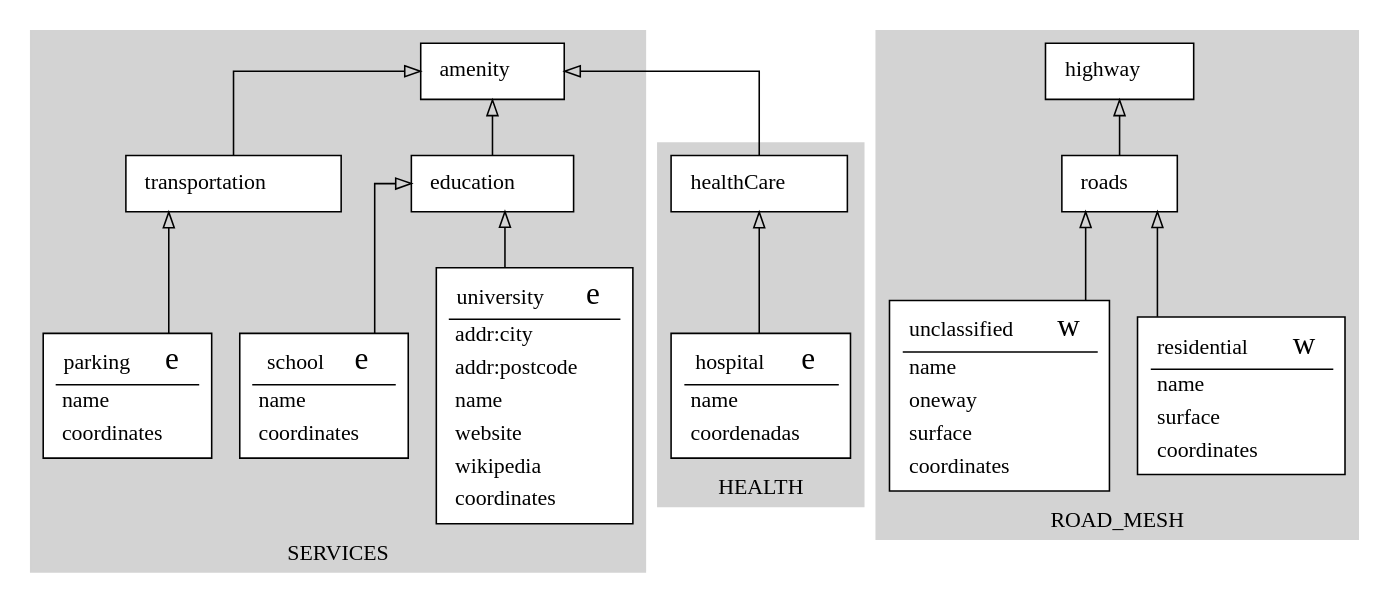
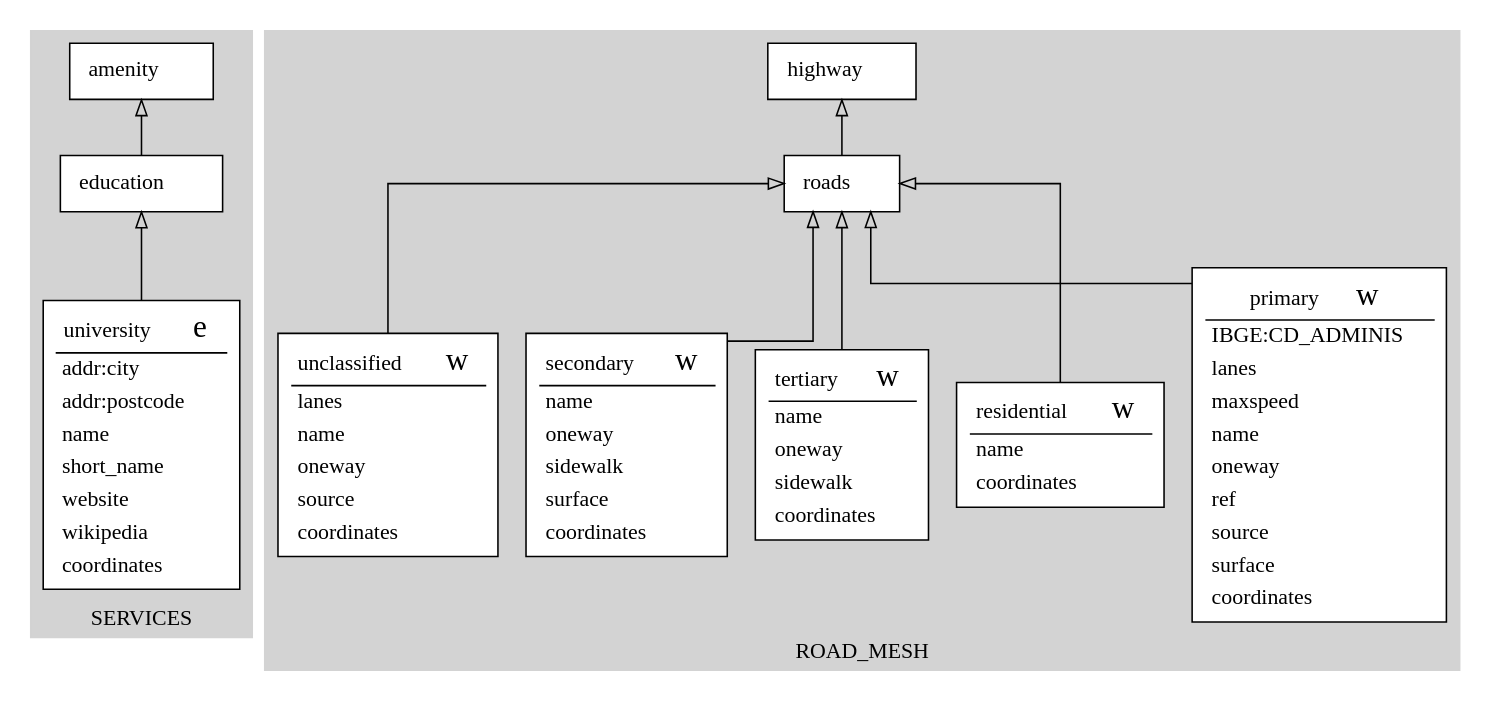
One commit to vinisperandio/OSM2Diagram_optmizated changed the diagram in schema.gv. Above: the diagram before and after it, drawn with Graphviz. The commit also changed 4 other files, not shown here.

```diff
--- a/schema.gv
+++ b/schema.gv
@@ -1,171 +1,196 @@
 digraph structs { 
 	node [shape=box]
 	subgraph cluster_SERVICES {
 		node [color=black style=filled]
 		color=lightgrey style=filled
 		label=SERVICES
 		0[style = "filled, bold" penwidth = "1" fillcolor="white" label=<
 			<TABLE color="black" border="0">
 			 <TR>
 				<TD align="center"><font color="black">university</font>  
 				<font FACE="sigmoda" POINT-SIZE="20.0"> e</font></TD>
 			</TR>
 			<hr/>
 			<TR>
 				<TD align="left">addr:city</TD>
 			 </TR>
 			<TR>
 				<TD align="left">addr:postcode</TD>
 			 </TR>
 			<TR>
 				<TD align="left">name</TD>
 			 </TR>
 			<TR>
+				<TD align="left">short_name</TD>
+			 </TR>
+			<TR>
 				<TD align="left">website</TD>
 			 </TR>
 			<TR>
 				<TD align="left">wikipedia</TD>
 			 </TR>
 			<TR>
 				<TD align="left">coordinates</TD>
 			 </TR>
 			</TABLE>>]
 		1[style = "filled, bold" penwidth = "1" fillcolor="white" label=<
 			<TABLE color="black" border="0">
 			 <TR>
 				<TD align="center"><font color="black">amenity</font>  </TD>
 			</TR>
 			</TABLE>>]
 		2[style = "filled, bold" penwidth = "1" fillcolor="white" label=<
 			<TABLE color="black" border="0">
 			 <TR>
-				<TD align="center"><font color="black">school</font>  
-				<font FACE="sigmoda" POINT-SIZE="20.0"> e</font></TD>
+				<TD align="center"><font color="black">education</font>  </TD>
+			</TR>
+			</TABLE>>]
+	}
+	subgraph cluster_HEALTH {
+		node [color=black style=filled]
+		color=lightgrey style=filled
+		label=HEALTH
+	}
+	subgraph cluster_ROAD_MESH {
+		node [color=black style=filled]
+		color=lightgrey style=filled
+		label=ROAD_MESH
+		3[style = "filled, bold" penwidth = "1" fillcolor="white" label=<
+			<TABLE color="black" border="0">
+			 <TR>
+				<TD align="center"><font color="black">primary</font>  
+				<font FACE="sigmoda" POINT-SIZE="20.0"> w</font></TD>
 			</TR>
 			<hr/>
+			<TR>
+				<TD align="left">IBGE:CD_ADMINIS</TD>
+			 </TR>
+			<TR>
+				<TD align="left">lanes</TD>
+			 </TR>
+			<TR>
+				<TD align="left">maxspeed</TD>
+			 </TR>
 			<TR>
 				<TD align="left">name</TD>
 			 </TR>
 			<TR>
-				<TD align="left">coordinates</TD>
+				<TD align="left">oneway</TD>
 			 </TR>
-			</TABLE>>]
-		3[style = "filled, bold" penwidth = "1" fillcolor="white" label=<
-			<TABLE color="black" border="0">
-			 <TR>
-				<TD align="center"><font color="black">parking</font>  
-				<font FACE="sigmoda" POINT-SIZE="20.0"> e</font></TD>
-			</TR>
-			<hr/>
 			<TR>
-				<TD align="left">name</TD>
+				<TD align="left">ref</TD>
+			 </TR>
+			<TR>
+				<TD align="left">source</TD>
+			 </TR>
+			<TR>
+				<TD align="left">surface</TD>
 			 </TR>
 			<TR>
 				<TD align="left">coordinates</TD>
 			 </TR>
 			</TABLE>>]
 		4[style = "filled, bold" penwidth = "1" fillcolor="white" label=<
 			<TABLE color="black" border="0">
 			 <TR>
-				<TD align="center"><font color="black">education</font>  </TD>
+				<TD align="center"><font color="black">highway</font>  </TD>
 			</TR>
 			</TABLE>>]
 		5[style = "filled, bold" penwidth = "1" fillcolor="white" label=<
-			<TABLE color="black" border="0">
-			 <TR>
-				<TD align="center"><font color="black">transportation</font>  </TD>
-			</TR>
-			</TABLE>>]
-	}
-	subgraph cluster_HEALTH {
-		node [color=black style=filled]
-		color=lightgrey style=filled
-		label=HEALTH
-		6[style = "filled, bold" penwidth = "1" fillcolor="white" label=<
-			<TABLE color="black" border="0">
-			 <TR>
-				<TD align="center"><font color="black">hospital</font>  
-				<font FACE="sigmoda" POINT-SIZE="20.0"> e</font></TD>
-			</TR>
-			<hr/>
-			<TR>
-				<TD align="left">name</TD>
-			 </TR>
-			<TR>
-				<TD align="left">coordenadas</TD>
-			 </TR>
-			</TABLE>>]
-		7[style = "filled, bold" penwidth = "1" fillcolor="white" label=<
-			<TABLE color="black" border="0">
-			 <TR>
-				<TD align="center"><font color="black">healthCare</font>  </TD>
-			</TR>
-			</TABLE>>]
-	}
-	subgraph cluster_ROAD_MESH {
-		node [color=black style=filled]
-		color=lightgrey style=filled
-		label=ROAD_MESH
-		8[style = "filled, bold" penwidth = "1" fillcolor="white" label=<
 			<TABLE color="black" border="0">
 			 <TR>
 				<TD align="center"><font color="black">residential</font>  
 				<font FACE="sigmoda" POINT-SIZE="20.0"> w</font></TD>
 			</TR>
 			<hr/>
 			<TR>
 				<TD align="left">name</TD>
 			 </TR>
 			<TR>
-				<TD align="left">surface</TD>
-			 </TR>
-			<TR>
 				<TD align="left">coordinates</TD>
 			 </TR>
 			</TABLE>>]
-		9[style = "filled, bold" penwidth = "1" fillcolor="white" label=<
+		6[style = "filled, bold" penwidth = "1" fillcolor="white" label=<
 			<TABLE color="black" border="0">
 			 <TR>
-				<TD align="center"><font color="black">highway</font>  </TD>
-			</TR>
-			</TABLE>>]
-		10[style = "filled, bold" penwidth = "1" fillcolor="white" label=<
-			<TABLE color="black" border="0">
-			 <TR>
-				<TD align="center"><font color="black">unclassified</font>  
+				<TD align="center"><font color="black">tertiary</font>  
 				<font FACE="sigmoda" POINT-SIZE="20.0"> w</font></TD>
 			</TR>
 			<hr/>
 			<TR>
 				<TD align="left">name</TD>
 			 </TR>
 			<TR>
 				<TD align="left">oneway</TD>
 			 </TR>
 			<TR>
+				<TD align="left">sidewalk</TD>
+			 </TR>
+			<TR>
+				<TD align="left">coordinates</TD>
+			 </TR>
+			</TABLE>>]
+		7[style = "filled, bold" penwidth = "1" fillcolor="white" label=<
+			<TABLE color="black" border="0">
+			 <TR>
+				<TD align="center"><font color="black">secondary</font>  
+				<font FACE="sigmoda" POINT-SIZE="20.0"> w</font></TD>
+			</TR>
+			<hr/>
+			<TR>
+				<TD align="left">name</TD>
+			 </TR>
+			<TR>
+				<TD align="left">oneway</TD>
+			 </TR>
+			<TR>
+				<TD align="left">sidewalk</TD>
+			 </TR>
+			<TR>
 				<TD align="left">surface</TD>
 			 </TR>
 			<TR>
 				<TD align="left">coordinates</TD>
 			 </TR>
 			</TABLE>>]
-		11[style = "filled, bold" penwidth = "1" fillcolor="white" label=<
+		8[style = "filled, bold" penwidth = "1" fillcolor="white" label=<
+			<TABLE color="black" border="0">
+			 <TR>
+				<TD align="center"><font color="black">unclassified</font>  
+				<font FACE="sigmoda" POINT-SIZE="20.0"> w</font></TD>
+			</TR>
+			<hr/>
+			<TR>
+				<TD align="left">lanes</TD>
+			 </TR>
+			<TR>
+				<TD align="left">name</TD>
+			 </TR>
+			<TR>
+				<TD align="left">oneway</TD>
+			 </TR>
+			<TR>
+				<TD align="left">source</TD>
+			 </TR>
+			<TR>
+				<TD align="left">coordinates</TD>
+			 </TR>
+			</TABLE>>]
+		9[style = "filled, bold" penwidth = "1" fillcolor="white" label=<
 			<TABLE color="black" border="0">
 			 <TR>
 				<TD align="center"><font color="black">roads</font>  </TD>
 			</TR>
 			</TABLE>>]
 	}
-		0 -> 4[arrowhead=onormal]
-		2 -> 4[arrowhead=onormal]
-		3 -> 5[arrowhead=onormal]
-		4 -> 1[arrowhead=onormal]
-		5 -> 1[arrowhead=onormal]
-		6 -> 7[arrowhead=onormal]
-		7 -> 1[arrowhead=onormal]
-		8 -> 11[arrowhead=onormal]
-		10 -> 11[arrowhead=onormal]
-		11 -> 9[arrowhead=onormal]
+		0 -> 2[arrowhead=onormal]
+		2 -> 1[arrowhead=onormal]
+		3 -> 9[arrowhead=onormal]
+		5 -> 9[arrowhead=onormal]
+		6 -> 9[arrowhead=onormal]
+		7 -> 9[arrowhead=onormal]
+		8 -> 9[arrowhead=onormal]
+		9 -> 4[arrowhead=onormal]
 	rankdir=BT
 	splines=ortho
 }
```
